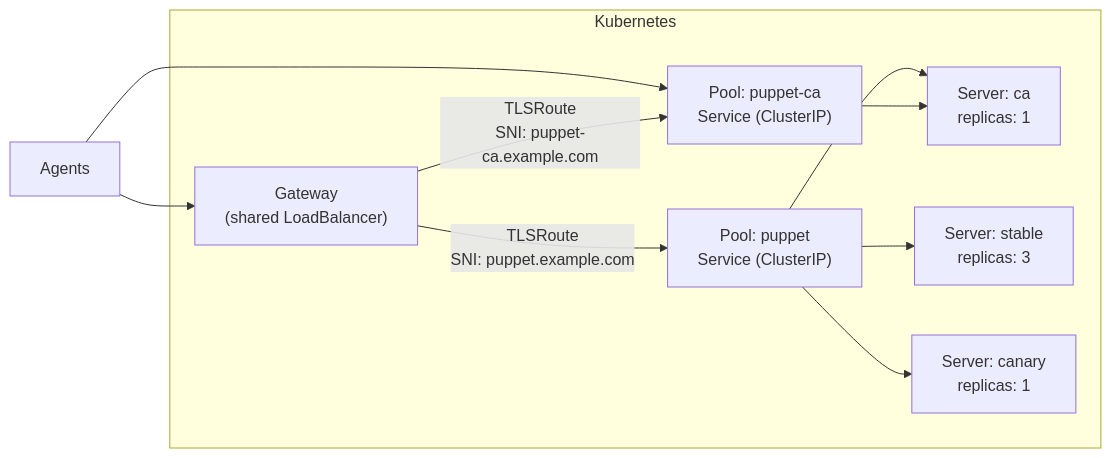
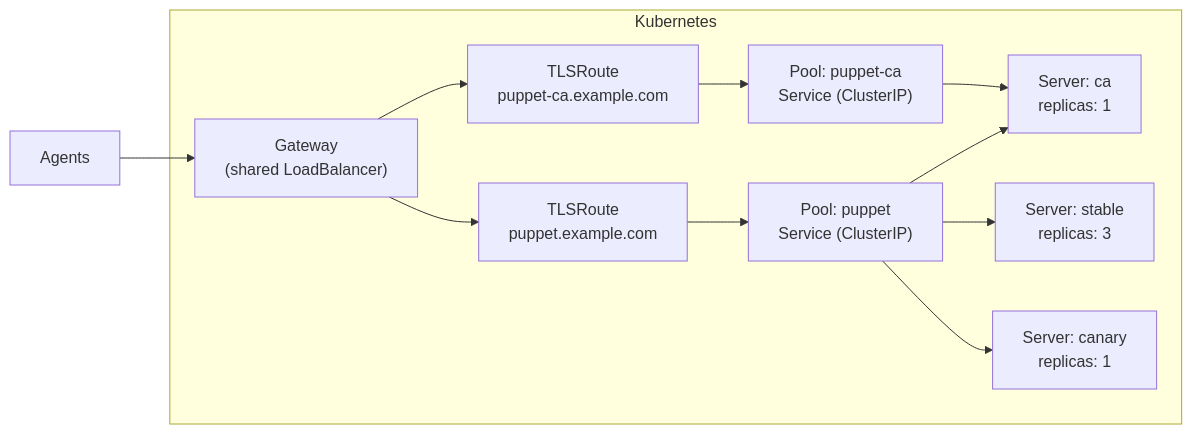
One commit to mathildabot/openvox-operator changed the third of 3 diagrams in docs/index.md. Above: the diagram before and after it, drawn with Mermaid. The commit also changed other lines of this file and 1 other file, not shown here.

First line of the commit message:
docs: improve README and index with architecture description, traffic flow variants

````diff
--- a/docs/index.md
+++ b/docs/index.md
@@ -55,19 +80,19 @@
 ```mermaid
 graph LR
     Agent["Agents"] --> GW
-    Agent --> CA_SVC
 
     subgraph Kubernetes
         GW["Gateway<br/>(shared LoadBalancer)"]
-        CA_SVC["Pool: puppet-ca<br/>Service (ClusterIP)"]
 
-        GW -->|"TLSRoute<br/>SNI: puppet.example.com"| LB["Pool: puppet<br/>Service (ClusterIP)"]
-        GW -->|"TLSRoute<br/>SNI: puppet-ca.example.com"| CA_SVC
+        GW --> TR1["TLSRoute<br/>puppet.example.com"]
+        GW --> TR2["TLSRoute<br/>puppet-ca.example.com"]
+        TR1 --> LB["Pool: puppet<br/>Service (ClusterIP)"]
+        TR2 --> CA_SVC["Pool: puppet-ca<br/>Service (ClusterIP)"]
 
         LB --> CA["Server: ca<br/>replicas: 1"]
         LB --> Stable["Server: stable<br/>replicas: 3"]
         LB --> Canary["Server: canary<br/>replicas: 1"]
 
         CA_SVC --> CA
     end
 ```
````
